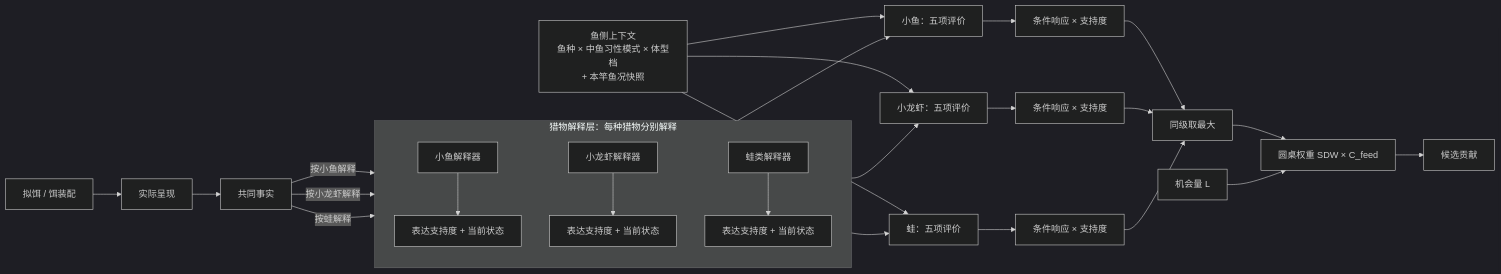
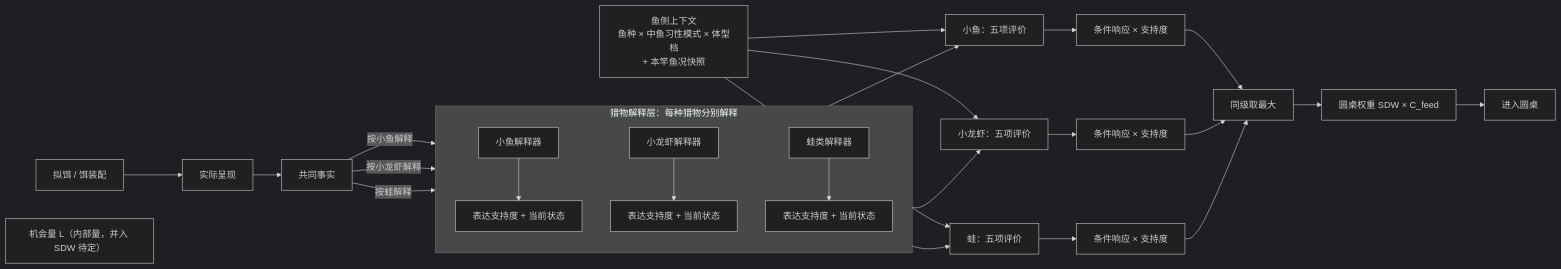
One commit to futouyiba/HitFish-Up changed the diagram in docs/alignment/lure-response/2026-10-30-lure-response-alignment-draft.md. Above: the diagram before and after it, drawn with Mermaid (dark theme). The commit also changed 3 other files, not shown here.

First line of the commit message:
docs: remove internal source link and finish roundtable diagram sync

````diff
--- a/docs/alignment/lure-response/2026-10-30-lure-response-alignment-draft.md
+++ b/docs/alignment/lure-response/2026-10-30-lure-response-alignment-draft.md
@@ -114,32 +114,32 @@
 ```mermaid
 flowchart LR
     A[拟饵 / 饵装配] --> B[实际呈现] --> F[共同事实]
     subgraph PI[猎物解释层：每种猎物分别解释]
       direction TB
       I1[小鱼解释器]
       I2[小龙虾解释器]
       I3[蛙类解释器]
       I1 --> S1[表达支持度 + 当前状态]
       I2 --> S2[表达支持度 + 当前状态]
       I3 --> S3[表达支持度 + 当前状态]
     end
     F -->|按小鱼解释| I1
     F -->|按小龙虾解释| I2
     F -->|按蛙解释| I3
     FC[鱼侧上下文\n鱼种 × 中鱼习性模式 × 体型档\n+ 本竿鱼况快照]
     FC --> R1[小鱼：五项评价]
     FC --> R2[小龙虾：五项评价]
     FC --> R3[蛙：五项评价]
     S1 --> R1
     S2 --> R2
     S3 --> R3
     R1 --> C1[条件响应 × 支持度]
     R2 --> C2[条件响应 × 支持度]
     R3 --> C3[条件响应 × 支持度]
     C1 --> MX[同级取最大]
     C2 --> MX
     C3 --> MX
     MX --> J[圆桌权重 SDW × C_feed]
-    O[机会量 L] --> J
-    J --> Q[候选贡献]
+    J --> Q[进入圆桌]
+    O[机会量 L（内部量，并入 SDW 待定）]
 ```
````
